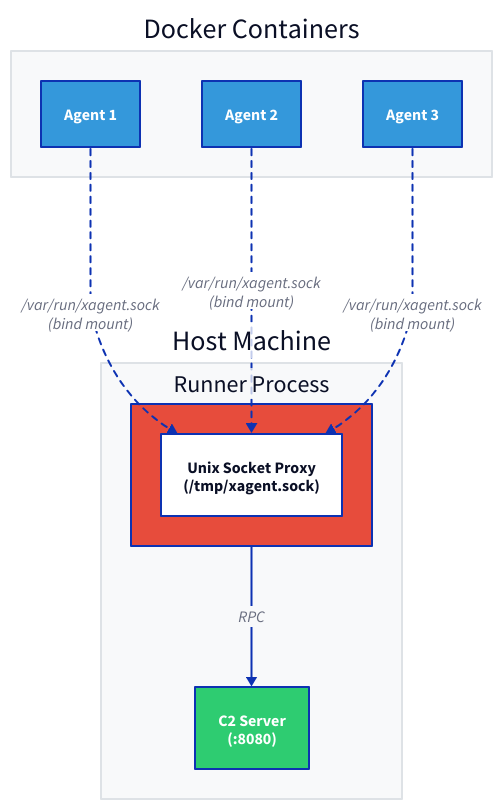
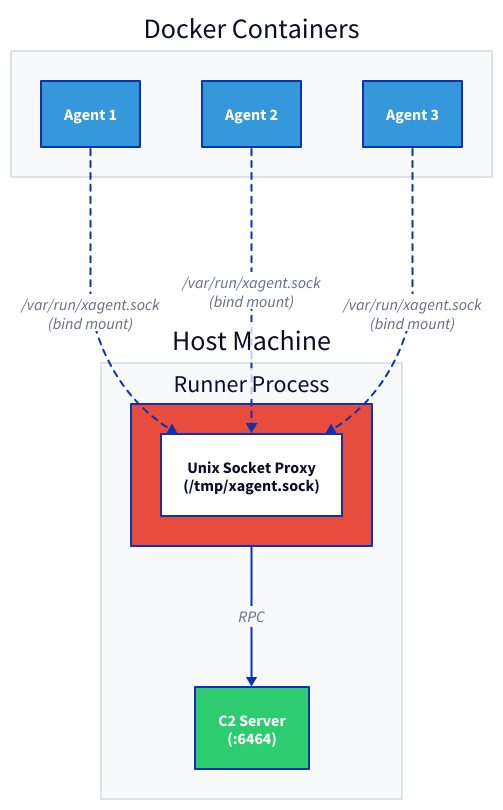
One commit to icholy/xagent changed the diagram in diagrams/networking.d2. Above: the diagram before and after it, drawn with D2. The commit also changed 14 other files, not shown here.

```diff
--- a/diagrams/networking.d2
+++ b/diagrams/networking.d2
@@ -1,49 +1,49 @@
 host: Host Machine {
   style.fill: "#f8f9fa"
   style.stroke: "#dee2e6"
 
   runner: Runner Process {
     style.fill: "#e74c3c"
 
     proxy: Unix Socket Proxy\n(/tmp/xagent.sock) {
       style.fill: "#fff"
     }
   }
 
-  c2: C2 Server\n(:8080) {
+  c2: C2 Server\n(:6464) {
     style.fill: "#2ecc71"
     style.font-color: "#fff"
   }
 
   runner -> c2: RPC
 }
 
 containers: Docker Containers {
   style.fill: "#f8f9fa"
   style.stroke: "#dee2e6"
 
   agent1: Agent 1 {
     style.fill: "#3498db"
     style.font-color: "#fff"
   }
 
   agent2: Agent 2 {
     style.fill: "#3498db"
     style.font-color: "#fff"
   }
 
   agent3: Agent 3 {
     style.fill: "#3498db"
     style.font-color: "#fff"
   }
 }
 
 containers.agent1 -> host.runner.proxy: /var/run/xagent.sock\n(bind mount) {
   style.stroke-dash: 3
 }
 containers.agent2 -> host.runner.proxy: /var/run/xagent.sock\n(bind mount) {
   style.stroke-dash: 3
 }
 containers.agent3 -> host.runner.proxy: /var/run/xagent.sock\n(bind mount) {
   style.stroke-dash: 3
 }
```
